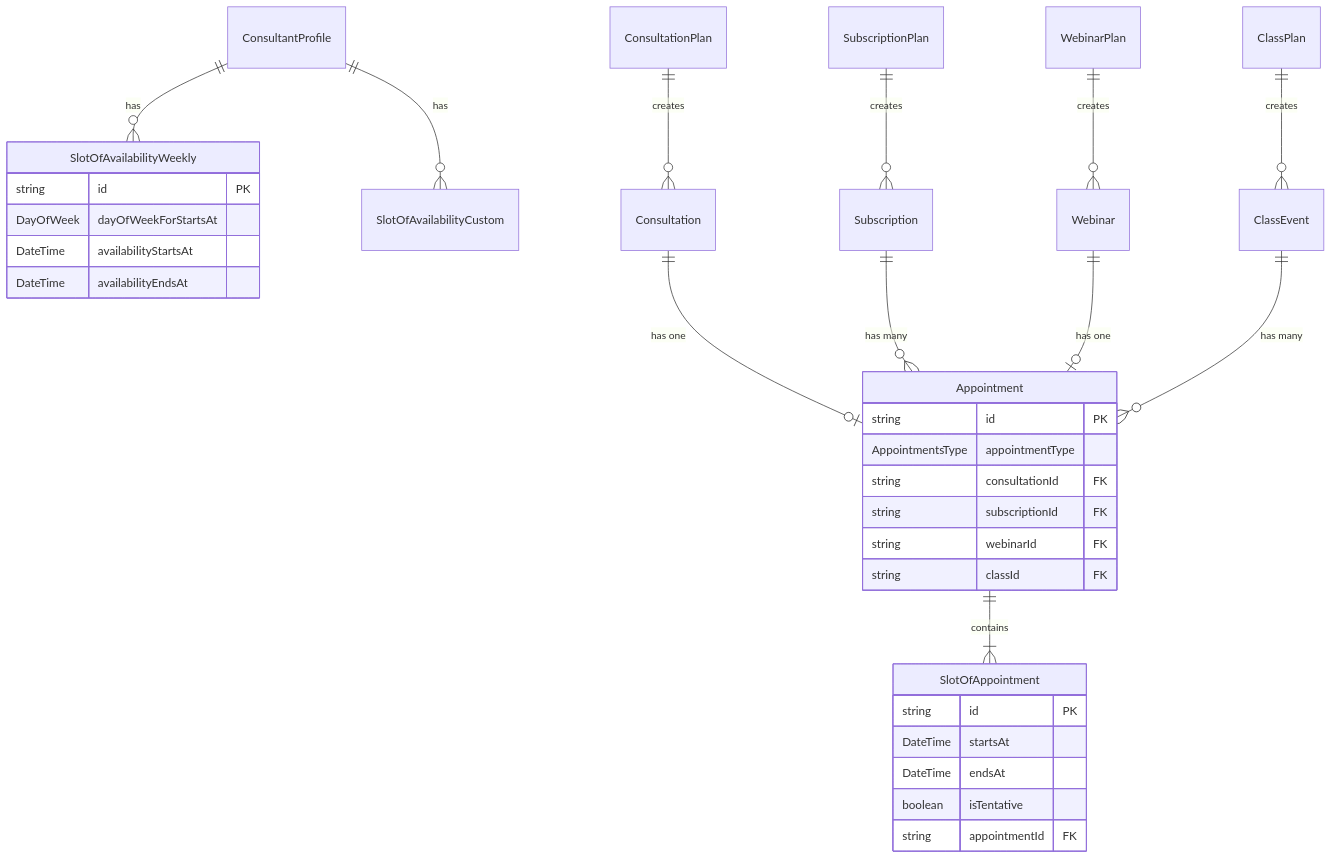
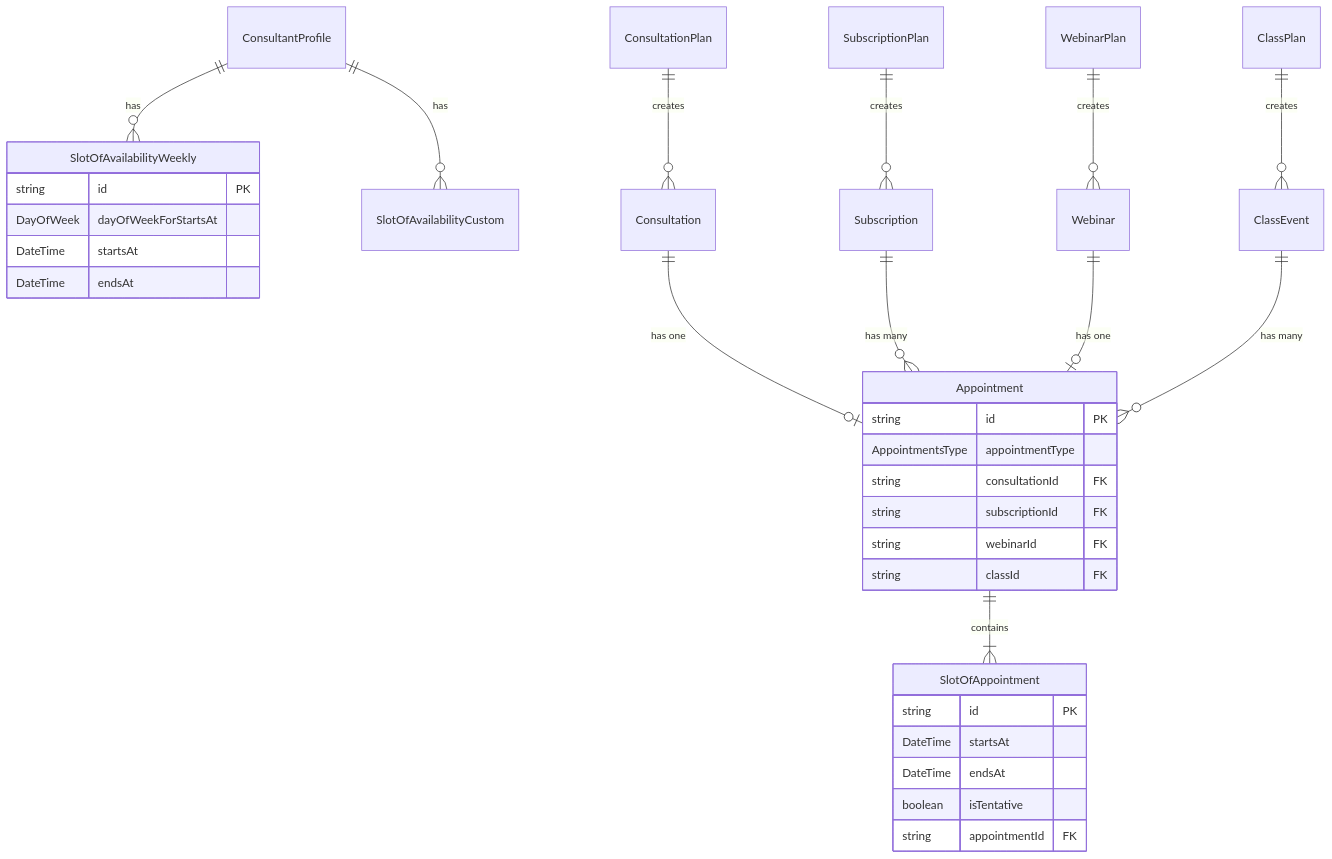
One commit to Practitionist/familiarise_web changed the third of 6 diagrams in docs/booking/01-architecture.md. Above: the diagram before and after it, drawn with Mermaid. The commit also changed 30 other files, not shown here.

````diff
--- a/docs/booking/01-architecture.md
+++ b/docs/booking/01-architecture.md
@@ -173,41 +173,41 @@
 ```mermaid
 erDiagram
     ConsultantProfile ||--o{ SlotOfAvailabilityWeekly : has
     ConsultantProfile ||--o{ SlotOfAvailabilityCustom : has
 
     ConsultationPlan ||--o{ Consultation : creates
     SubscriptionPlan ||--o{ Subscription : creates
     WebinarPlan ||--o{ Webinar : creates
     ClassPlan ||--o{ ClassEvent : creates
 
     Consultation ||--o| Appointment : "has one"
     Subscription ||--o{ Appointment : "has many"
     Webinar ||--o| Appointment : "has one"
     ClassEvent ||--o{ Appointment : "has many"
 
     Appointment ||--|{ SlotOfAppointment : contains
 
     SlotOfAvailabilityWeekly {
         string id PK
         DayOfWeek dayOfWeekForStartsAt
-        DateTime availabilityStartsAt
-        DateTime availabilityEndsAt
+        DateTime startsAt
+        DateTime endsAt
     }
 
     Appointment {
         string id PK
         AppointmentsType appointmentType
         string consultationId FK
         string subscriptionId FK
         string webinarId FK
         string classId FK
     }
 
     SlotOfAppointment {
         string id PK
         DateTime startsAt
         DateTime endsAt
         boolean isTentative
         string appointmentId FK
     }
 ```
````
